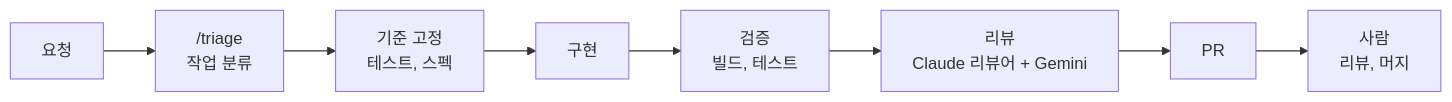
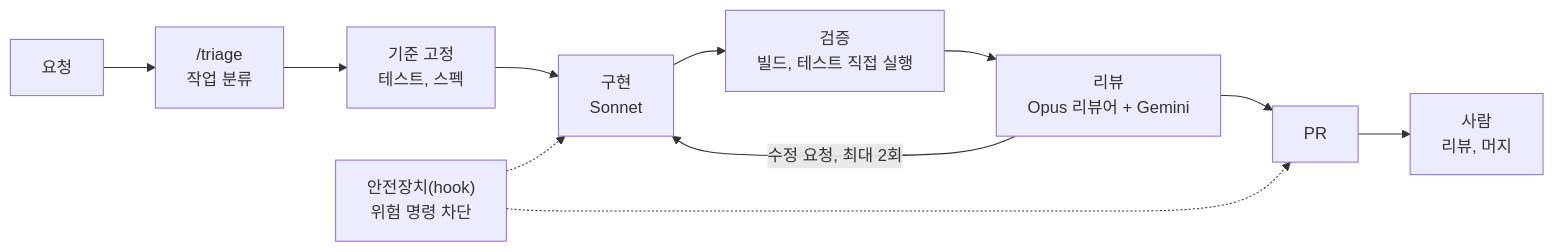
The diagram in docs/ai-system/README.md (bstaran/CC-Creator-Culture), drawn with Mermaid before and after one commit. The commit also changed other lines of this file and 7 other files, not shown here.

````diff
--- a/docs/ai-system/README.md
+++ b/docs/ai-system/README.md
@@ -21,10 +28,13 @@
 ```mermaid
 flowchart LR
   R[요청] --> T["/triage<br/>작업 분류"]
   T --> B["기준 고정<br/>테스트, 스펙"]
-  B --> I[구현]
-  I --> V["검증<br/>빌드, 테스트"]
-  V --> RV["리뷰<br/>Claude 리뷰어 + Gemini"]
+  B --> I["구현<br/>Sonnet"]
+  I --> V["검증<br/>빌드, 테스트 직접 실행"]
+  V --> RV["리뷰<br/>Opus 리뷰어 + Gemini"]
+  RV -->|"수정 요청, 최대 2회"| I
   RV --> P[PR]
   P --> H["사람<br/>리뷰, 머지"]
+  G["안전장치(hook)<br/>위험 명령 차단"] -.-> I
+  G -.-> P
 ```
````
